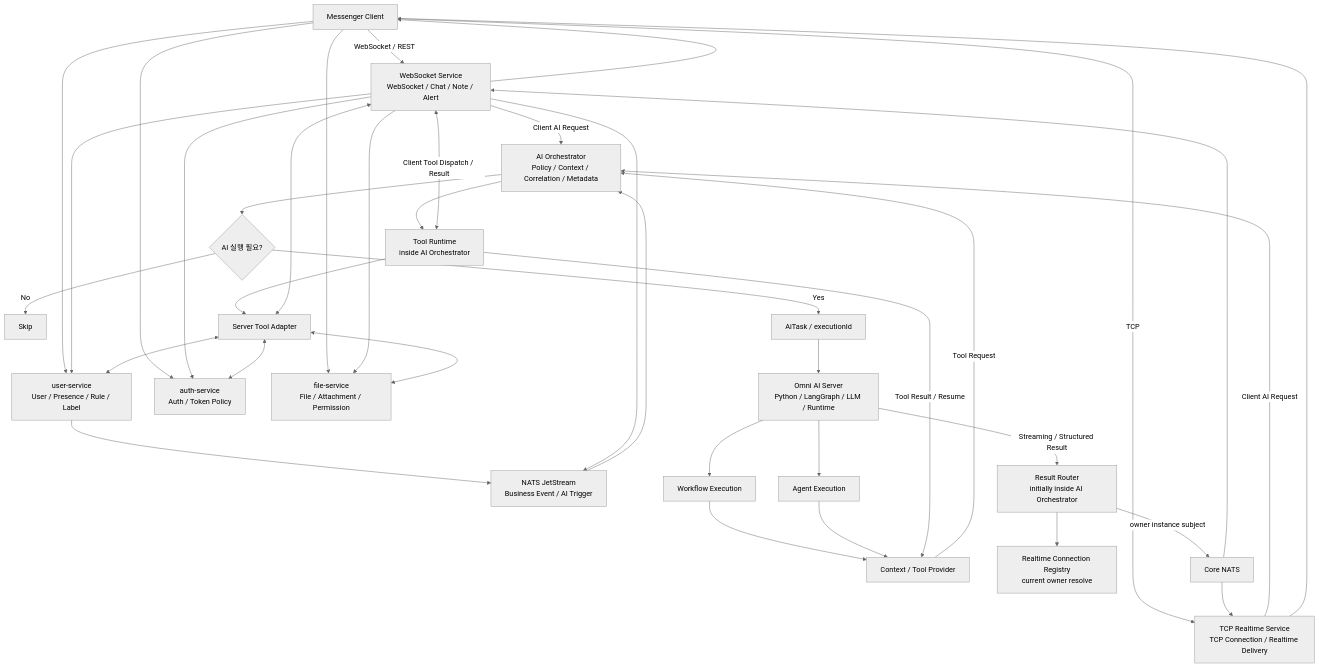
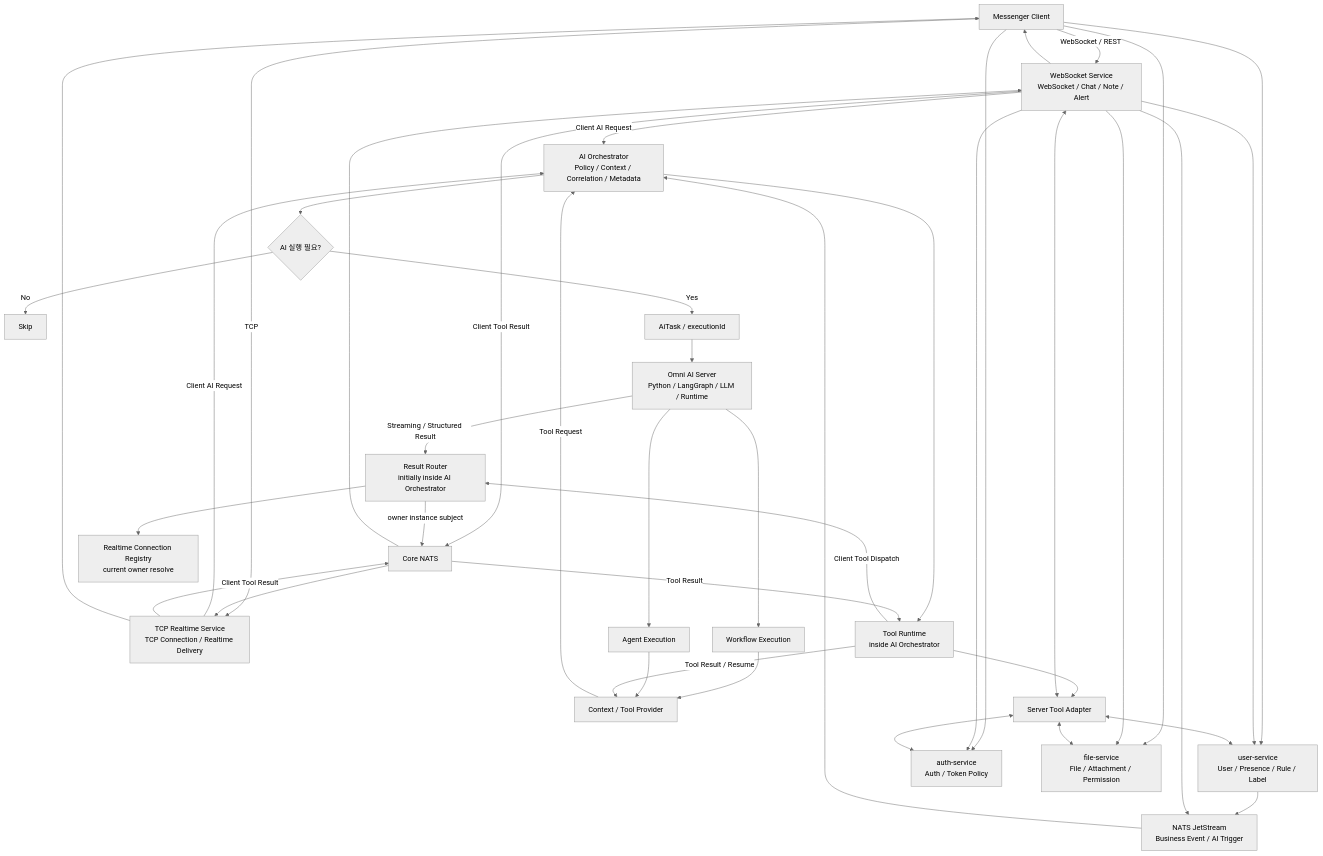
One commit to kipo3195/omni-ai-architecture changed the diagram in docs/architecture.md. Above: the diagram before and after it, drawn with Mermaid (neutral theme). The commit also changed other lines of this file and 3 other files, not shown here.

Commit message:
docs: Tool Runtime 기반 Client/Server Tool 라우팅 및 결과 반환 흐름 명확화

````diff
--- a/docs/architecture.md
+++ b/docs/architecture.md
@@ -21,45 +21,48 @@
 ```mermaid
 flowchart TD
     A[Messenger Client] -->|WebSocket / REST| B[WebSocket Service<br/>WebSocket / Chat / Note / Alert]
     A -->|TCP| T[TCP Realtime Service<br/>TCP Connection / Realtime Delivery]
     B -->|Client AI Request| G[AI Orchestrator<br/>Policy / Context / Correlation / Metadata]
     T -->|Client AI Request| G
     A --> C[user-service<br/>User / Presence / Rule / Label]
     A --> D[auth-service<br/>Auth / Token Policy]
     A --> E[file-service<br/>File / Attachment / Permission]
 
     B --> C[user-service<br/>User / Presence / Rule / Label]
     B --> D[auth-service<br/>Auth / Token Policy]
     B --> E[file-service<br/>File / Attachment / Permission]
 
     C --> F[NATS JetStream<br/>Business Event / AI Trigger]
     B --> F
     F --> G
 
     G --> H{AI 실행 필요?}
     H -- No --> I[Skip]
     H -- Yes --> J[AiTask / executionId]
     J --> K[Omni AI Server<br/>Python / LangGraph / LLM / Runtime]
 
     K --> L[Workflow Execution]
     K --> M[Agent Execution]
     L --> N[Context / Tool Provider]
     M --> N
     N -->|Tool Request| G
     G --> O[Tool Runtime<br/>inside AI Orchestrator]
     O --> V[Server Tool Adapter]
     V <--> C
     V <--> D
     V <--> E
     V <--> B
-    O <-->|Client Tool Dispatch / Result| B
+    O -->|Client Tool Dispatch| R
+    B -->|Client Tool Result| P
+    T -->|Client Tool Result| P
+    P -->|Tool Result| O
     O -->|Tool Result / Resume| N
 
     K -->|Streaming / Structured Result| R[Result Router<br/>initially inside AI Orchestrator]
     R --> Q[Realtime Connection Registry<br/>current owner resolve]
     R -->|owner instance subject| P[Core NATS]
     P --> B
     P --> T
     B --> A
     T --> A
 ```
````
